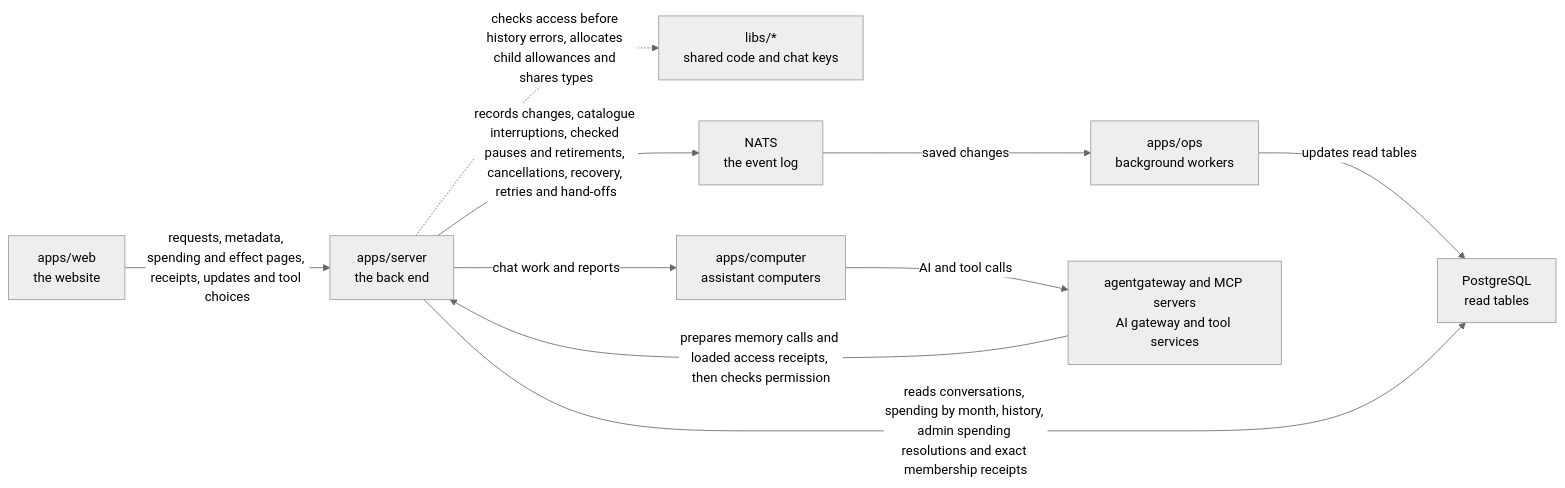
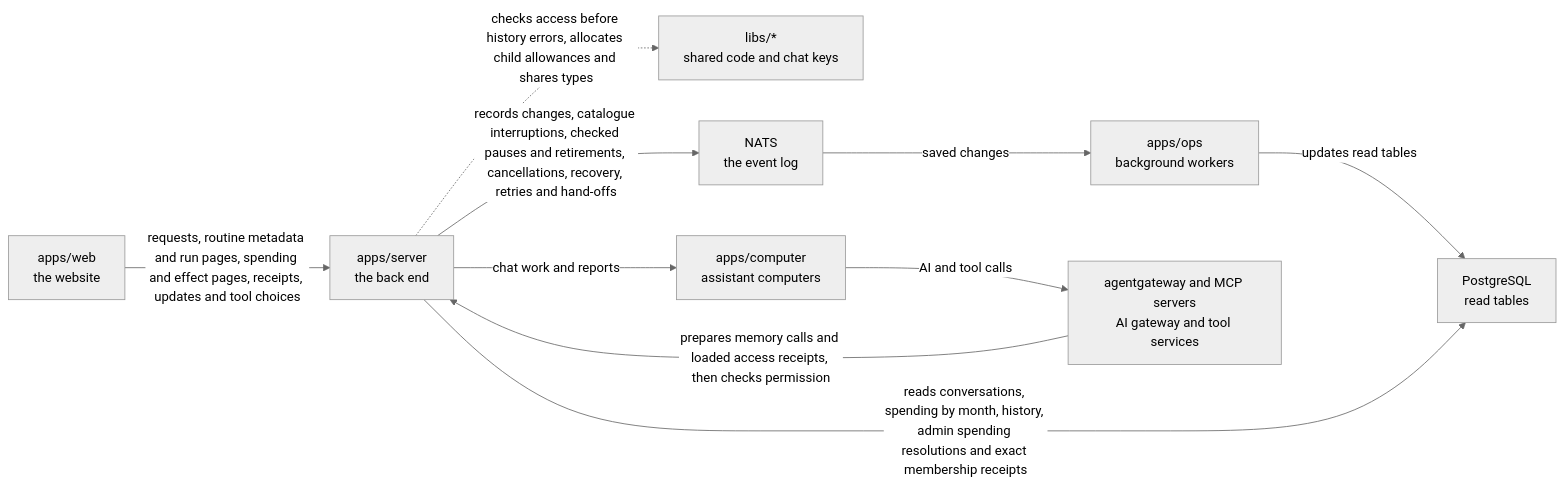
One commit to elewa-git/opencrane-new changed the diagram in apps/server/README.md. Above: the diagram before and after it, drawn with Mermaid (neutral theme). The commit also changed other lines of this file and 8 other files, not shown here.

Commit message:
📖 Read bounded routine occurrence metadata safely

````diff
--- a/apps/server/README.md
+++ b/apps/server/README.md
@@ -57,12 +57,12 @@
 ```mermaid
 flowchart LR
-  web["apps/web<br/>the website"] -->|requests, metadata, spending and effect pages, receipts, updates and tool choices| server["apps/server<br/>the back end"]
+  web["apps/web<br/>the website"] -->|requests, routine metadata and run pages, spending and effect pages, receipts, updates and tool choices| server["apps/server<br/>the back end"]
   server -.->|checks access before history errors, allocates child allowances and shares types| libs["libs/*<br/>shared code and chat keys"]
   server -->|records changes, catalogue interruptions, checked pauses and retirements, cancellations, recovery, retries and hand-offs| nats["NATS<br/>the event log"]
   nats -->|saved changes| ops["apps/ops<br/>background workers"]
   ops -->|updates read tables| postgres["PostgreSQL<br/>read tables"]
   server -->|reads conversations, spending by month, history, admin spending resolutions and exact membership receipts| postgres
   server -->|chat work and reports| computer["apps/computer<br/>assistant computers"]
   computer -->|AI and tool calls| runtime["agentgateway and MCP servers<br/>AI gateway and tool services"]
   runtime -->|prepares memory calls and loaded access receipts, then checks permission| server
 ```
````
